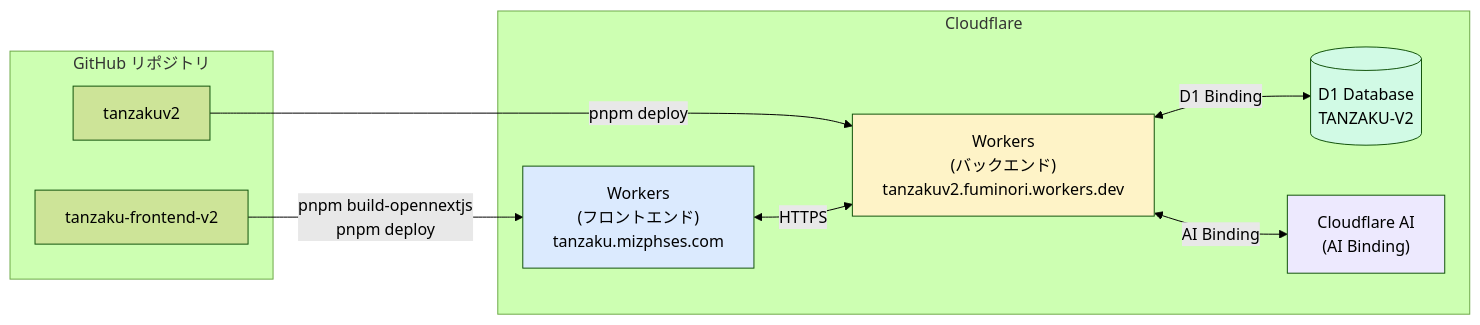
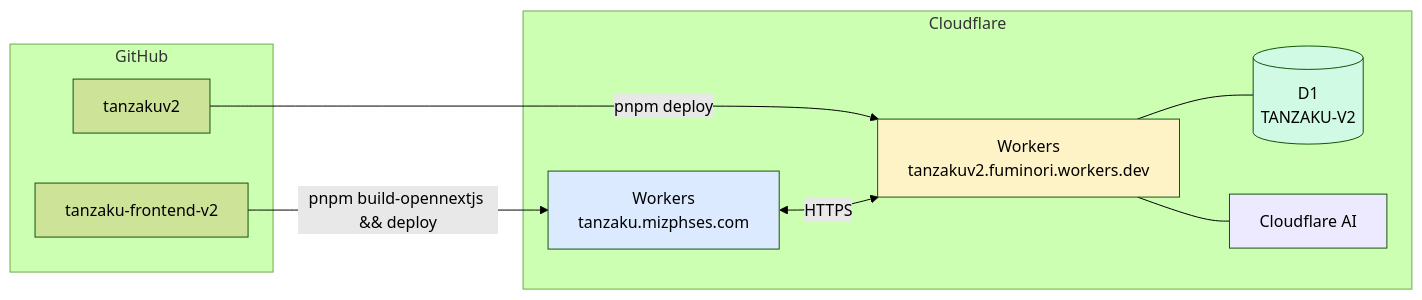
Before and after one commit to itl-marubu/tanzakuv2: the ninth of 9 diagrams in docs/system-overview.md, drawn with Mermaid (forest theme). The commit also changed other lines of this file, not shown here.

Commit message:
docs: 管理画面の経路を正確に修正（バックエンド /manage + Basic認証）

````diff
--- a/docs/system-overview.md
+++ b/docs/system-overview.md
@@ -435,25 +480,25 @@
 ```mermaid
 graph LR
-    subgraph GitHub["GitHub リポジトリ"]
+    subgraph GitHub["GitHub"]
         FE_Repo["tanzaku-frontend-v2"]
         BE_Repo["tanzakuv2"]
     end
 
     subgraph CF["Cloudflare"]
-        CF_FE["Workers\n(フロントエンド)\ntanzaku.mizphses.com"]
-        CF_BE["Workers\n(バックエンド)\ntanzakuv2.fuminori.workers.dev"]
-        D1[("D1 Database\nTANZAKU-V2")]
-        CF_AI["Cloudflare AI\n(AI Binding)"]        
+        CF_FE["Workers\ntanzaku.mizphses.com"]
+        CF_BE["Workers\ntanzakuv2.fuminori.workers.dev"]
+        D1[("D1\nTANZAKU-V2")]
+        CF_AI["Cloudflare AI"]
     end
 
-    FE_Repo -->|"pnpm build-opennextjs\npnpm deploy"| CF_FE
+    FE_Repo -->|"pnpm build-opennextjs && deploy"| CF_FE
     BE_Repo -->|"pnpm deploy"| CF_BE
-    CF_BE <-->|"D1 Binding"| D1
-    CF_BE <-->|"AI Binding"| CF_AI
+    CF_BE --- D1
+    CF_BE --- CF_AI
     CF_FE <-->|"HTTPS"| CF_BE
 
     style CF_FE fill:#dbeafe
     style CF_BE fill:#fef3c7
     style D1 fill:#d1fae5
     style CF_AI fill:#ede9fe
 ```
````
